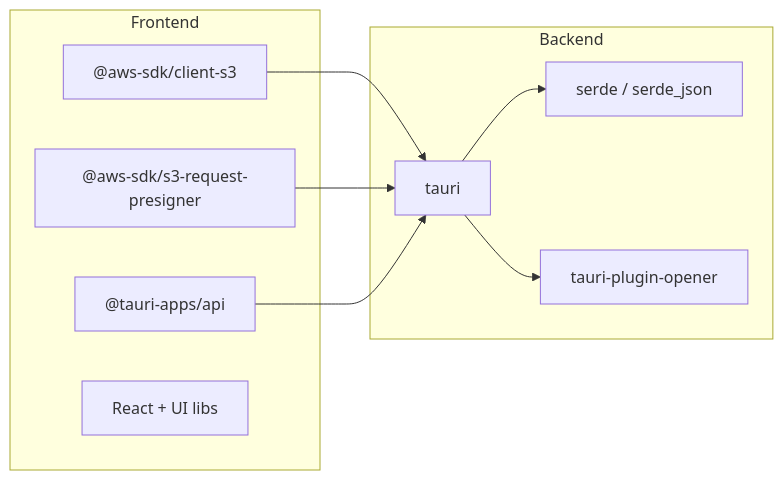
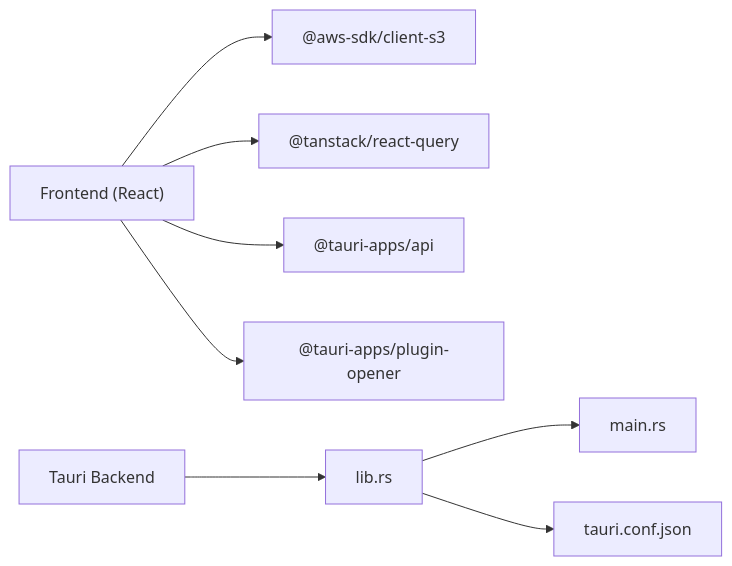
Before and after one commit to nasrulhadi/s3-explorer: the seventh of 7 diagrams in .qoder/repowiki/en/content/Troubleshooting.md, drawn with Mermaid. The commit also changed other lines of this file and 46 other files, not shown here.

````diff
--- a/.qoder/repowiki/en/content/Troubleshooting.md
+++ b/.qoder/repowiki/en/content/Troubleshooting.md
@@ -249,19 +285,10 @@
 ```mermaid
 graph LR
-subgraph "Frontend"
-F1["@aws-sdk/client-s3"]
-F2["@aws-sdk/s3-request-presigner"]
-F3["@tauri-apps/api"]
-F4["React + UI libs"]
-end
-subgraph "Backend"
-B1["tauri"]
-B2["serde / serde_json"]
-B3["tauri-plugin-opener"]
-end
-F1 --> B1
-F2 --> B1
-F3 --> B1
-B1 --> B2
-B1 --> B3
+FE["Frontend (React)"] --> AWS["@aws-sdk/client-s3"]
+FE --> Query["@tanstack/react-query"]
+FE --> TauriAPI["@tauri-apps/api"]
+FE --> Plugins["@tauri-apps/plugin-opener"]
+BE["Tauri Backend"] --> LibRS["lib.rs"]
+LibRS --> MainRS["main.rs"]
+LibRS --> Config["tauri.conf.json"]
 ```
````
